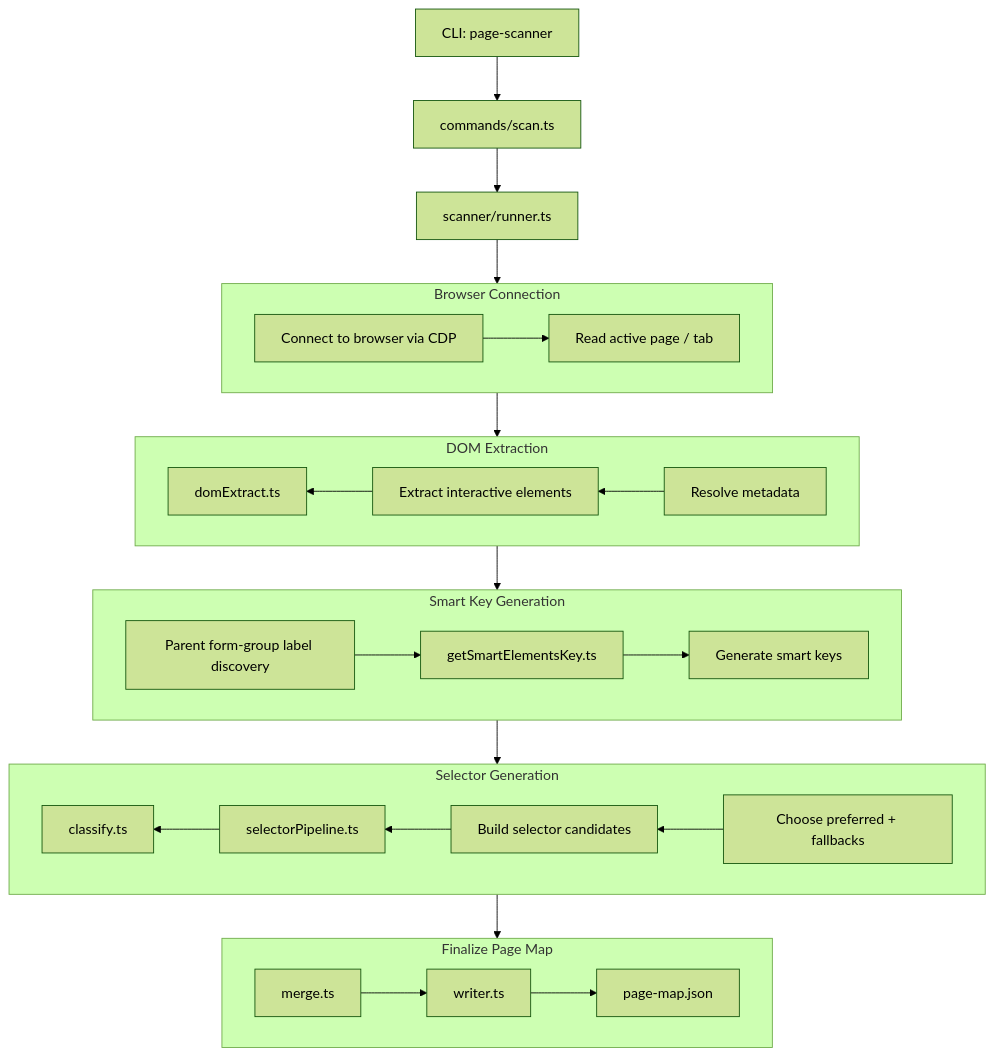
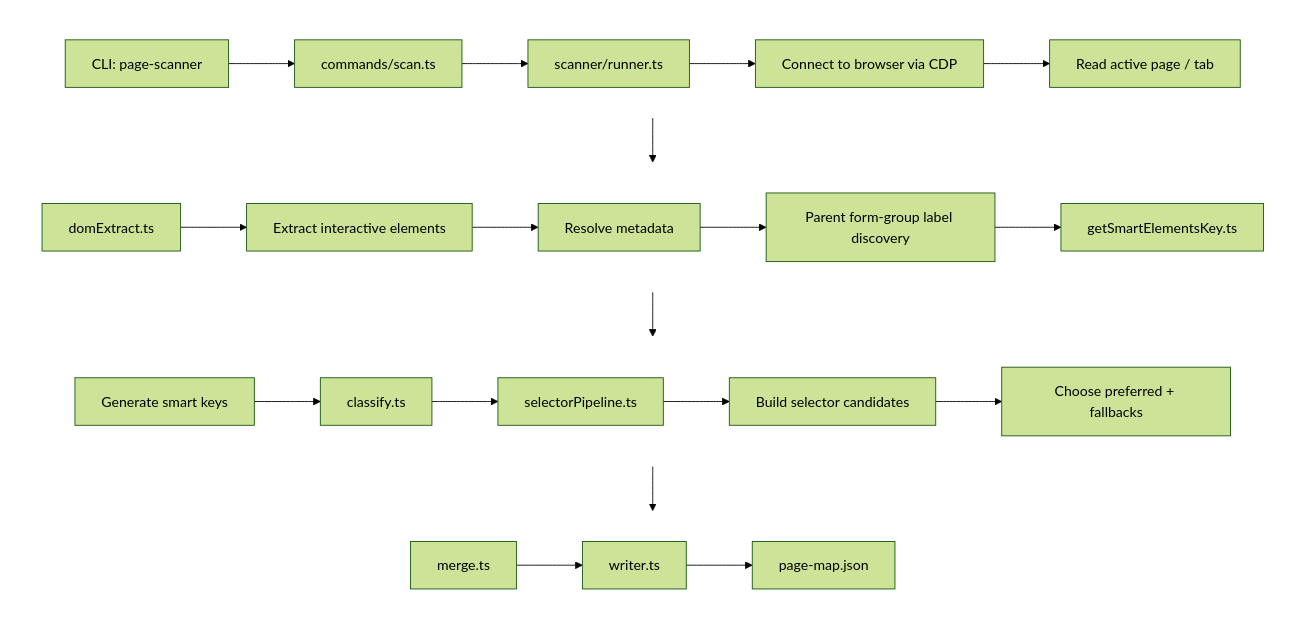
Before and after one commit to vijaytomar81/AZOnline: the first of 4 diagrams in docs/toolchain.md, drawn with Mermaid (forest theme). The commit also changed other lines of this file and 1 other file, not shown here.

Commit message:
read me files

````diff
--- a/docs/toolchain.md
+++ b/docs/toolchain.md
@@ -15,59 +15,37 @@
 ```mermaid
 flowchart TB
 
-A["CLI: page-scanner"]
-B["commands/scan.ts"]
-C["scanner/runner.ts"]
-
-A --> B --> C
-
-subgraph S1["Browser Connection"]
+subgraph ROW1[" "]
 direction LR
-D["Connect to browser via CDP"]
-E["Read active page / tab"]
+A["CLI: page-scanner"] --> B["commands/scan.ts"] --> C["scanner/runner.ts"]
+--> D["Connect to browser via CDP"] --> E["Read active page / tab"]
 end
 
-C --> D --> E
-
-subgraph S2["DOM Extraction"]
-direction RL
-F["domExtract.ts"]
-G["Extract interactive elements"]
-H["Resolve metadata"]
+subgraph ROW2[" "]
+direction LR
+F["domExtract.ts"] --> G["Extract interactive elements"]
+--> H["Resolve metadata"] --> I["Parent form-group label discovery"]
+--> J["getSmartElementsKey.ts"]
 end
 
-E --> H
-H --> G
-G --> F
-
-subgraph S3["Smart Key Generation"]
+subgraph ROW3[" "]
 direction LR
-I["Parent form-group label discovery"]
-J["getSmartElementsKey.ts"]
-K["Generate smart keys"]
+K["Generate smart keys"] --> L["classify.ts"]
+--> M["selectorPipeline.ts"] --> N["Build selector candidates"]
+--> O["Choose preferred + fallbacks"]
 end
 
-F --> I --> J --> K
-
-subgraph S4["Selector Generation"]
-direction RL
-L["classify.ts"]
-M["selectorPipeline.ts"]
-N["Build selector candidates"]
-O["Choose preferred + fallbacks"]
+subgraph ROW4[" "]
+direction LR
+P["merge.ts"] --> Q["writer.ts"] --> R["page-map.json"]
 end
 
-K --> O
-O --> N
-N --> M
-M --> L
+E --> F
+J --> K
+O --> P
 
-subgraph S5["Finalize Page Map"]
-direction LR
-P["merge.ts"]
-Q["writer.ts"]
-R["page-map.json"]
-end
-
-L --> P --> Q --> R
+style ROW1 fill:transparent,stroke:transparent
+style ROW2 fill:transparent,stroke:transparent
+style ROW3 fill:transparent,stroke:transparent
+style ROW4 fill:transparent,stroke:transparent
 ```
````
